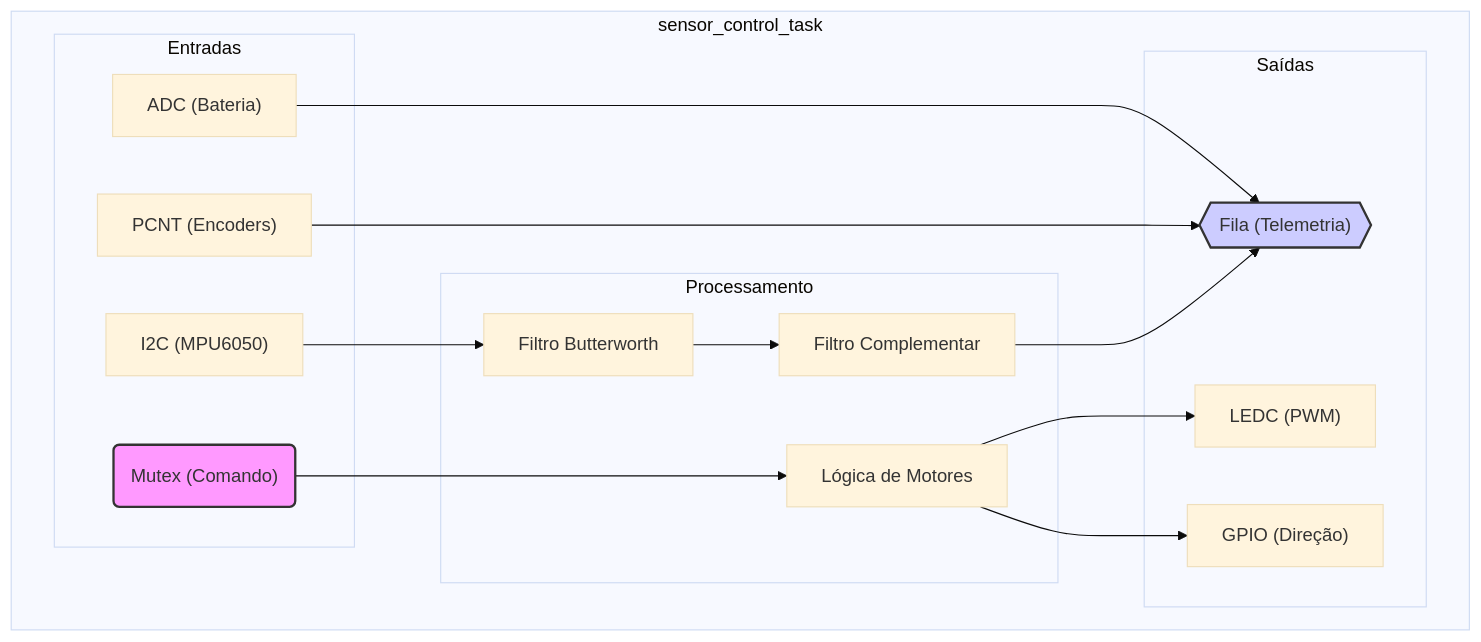
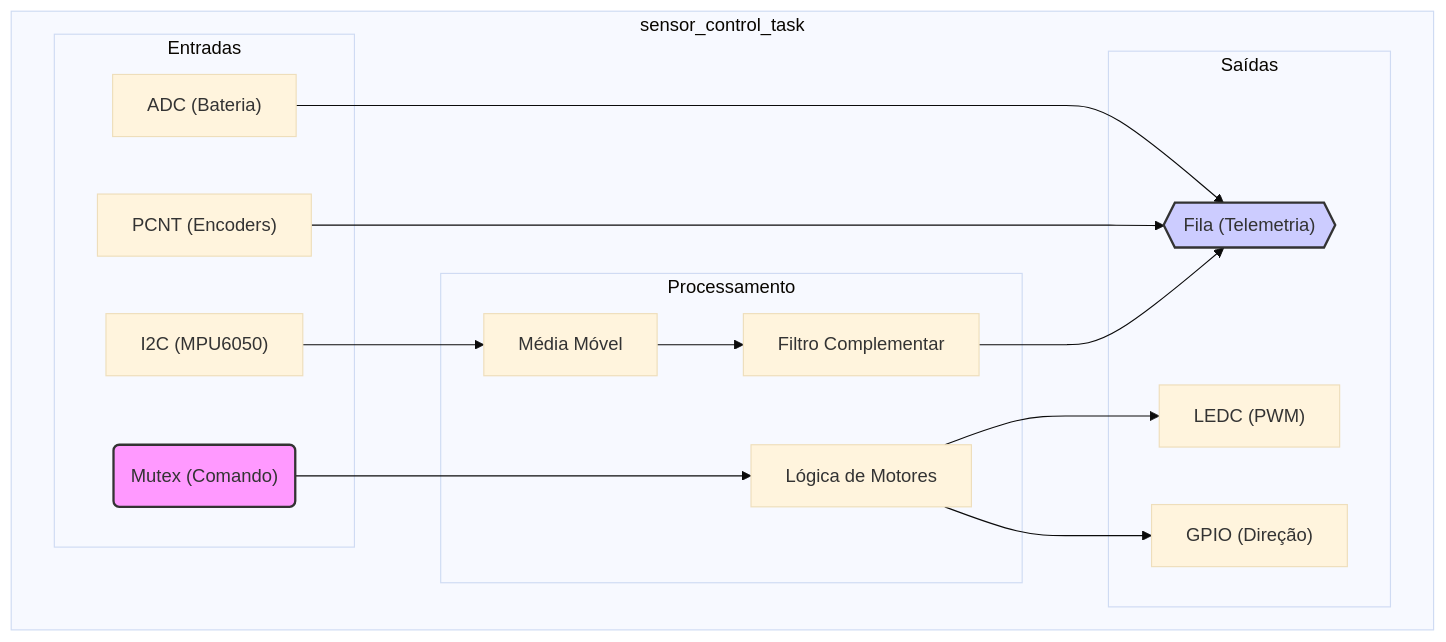
The second of 3 diagrams in esp32_firmware/README.md (Nyfeu/Tatu-Bomba), drawn with Mermaid (base theme) before and after one commit. The commit also changed 2 other files, not shown here.

Commit message:
docs: atualiza documentacao do projeto

````diff
--- a/esp32_firmware/README.md
+++ b/esp32_firmware/README.md
@@ -50,33 +50,33 @@
 ```mermaid
 graph TD
     subgraph "sensor_control_task"
         direction LR
         
         subgraph "Entradas"
             In_I2C["I2C (MPU6050)"]
             In_PCNT["PCNT (Encoders)"]
             In_ADC["ADC (Bateria)"]
             In_Mutex("Mutex (Comando)")
         end
 
         subgraph "Processamento"
-            Butterworth["Filtro Butterworth"]
+            MediaMovel["Média Móvel"]
             Complementar["Filtro Complementar"]
             MotorLogic["Lógica de Motores"]
         end
         
         subgraph "Saídas"
             Out_Queue{{"Fila (Telemetria)"}}
             Out_LEDC["LEDC (PWM)"]
             Out_GPIO["GPIO (Direção)"]
         end
         
-        In_I2C --> Butterworth --> Complementar --> Out_Queue
+        In_I2C --> MediaMovel --> Complementar --> Out_Queue
         In_PCNT --> Out_Queue
         In_ADC --> Out_Queue
         In_Mutex --> MotorLogic --> Out_LEDC & Out_GPIO
     end
     
     style In_Mutex fill:#f9f,stroke:#333,stroke-width:2px
     style Out_Queue fill:#ccf,stroke:#333,stroke-width:2px
 ```
````
